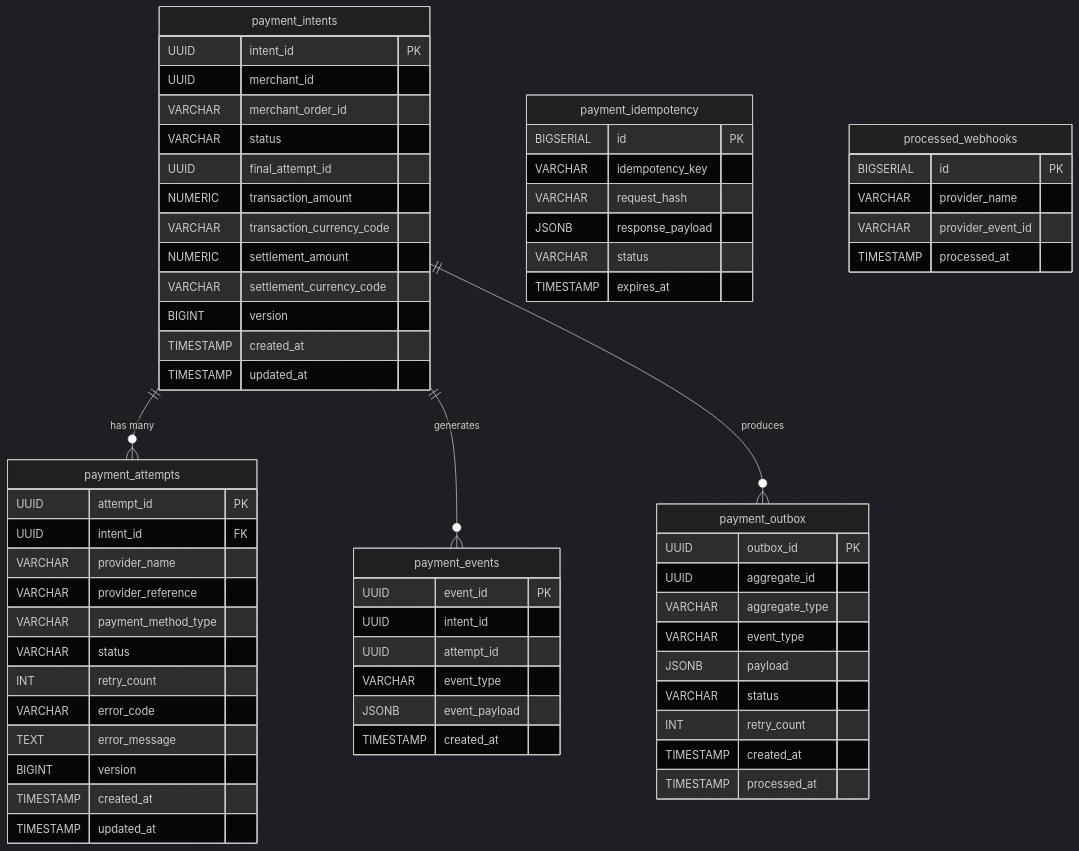
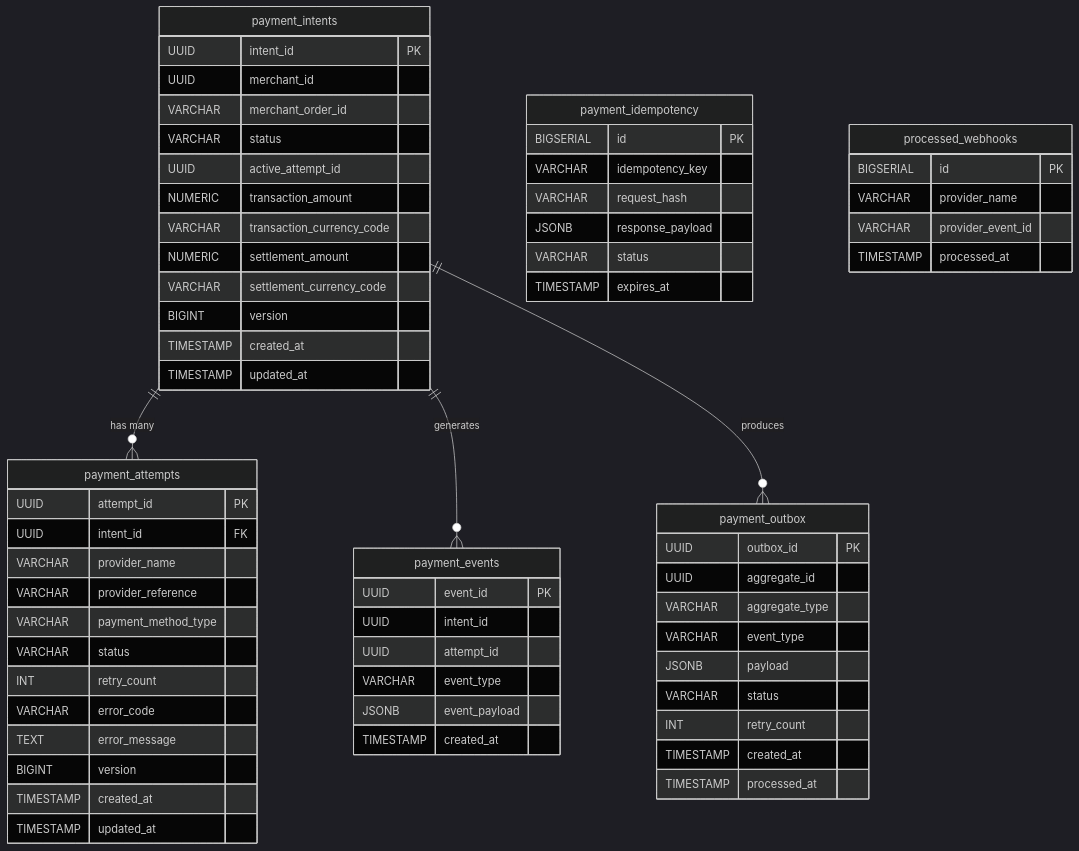
One commit to niranjan12s/payment-orchestration-service changed the second of 6 diagrams in docs/architecture.md. Above: the diagram before and after it, drawn with Mermaid (dark theme). The commit also changed other lines of this file and 43 other files, not shown here.

````diff
--- a/docs/architecture.md
+++ b/docs/architecture.md
@@ -344,73 +106,73 @@
 ```mermaid
 erDiagram
     payment_intents {
         UUID intent_id PK
         UUID merchant_id
         VARCHAR merchant_order_id
         VARCHAR status
-        UUID final_attempt_id
+        UUID active_attempt_id
         NUMERIC transaction_amount
         VARCHAR transaction_currency_code
         NUMERIC settlement_amount
         VARCHAR settlement_currency_code
         BIGINT version
         TIMESTAMP created_at
         TIMESTAMP updated_at
     }
 
     payment_attempts {
         UUID attempt_id PK
         UUID intent_id FK
         VARCHAR provider_name
         VARCHAR provider_reference
         VARCHAR payment_method_type
         VARCHAR status
         INT retry_count
         VARCHAR error_code
         TEXT error_message
         BIGINT version
         TIMESTAMP created_at
         TIMESTAMP updated_at
     }
 
     payment_events {
         UUID event_id PK
         UUID intent_id
         UUID attempt_id
         VARCHAR event_type
         JSONB event_payload
         TIMESTAMP created_at
     }
 
     payment_outbox {
         UUID outbox_id PK
         UUID aggregate_id
         VARCHAR aggregate_type
         VARCHAR event_type
         JSONB payload
         VARCHAR status
         INT retry_count
         TIMESTAMP created_at
         TIMESTAMP processed_at
     }
 
     payment_idempotency {
         BIGSERIAL id PK
         VARCHAR idempotency_key
         VARCHAR request_hash
         JSONB response_payload
         VARCHAR status
         TIMESTAMP expires_at
     }
 
     processed_webhooks {
         BIGSERIAL id PK
         VARCHAR provider_name
         VARCHAR provider_event_id
         TIMESTAMP processed_at
     }
 
     payment_intents ||--o{ payment_attempts : "has many"
     payment_intents ||--o{ payment_events : "generates"
     payment_intents ||--o{ payment_outbox : "produces"
 ```
````
